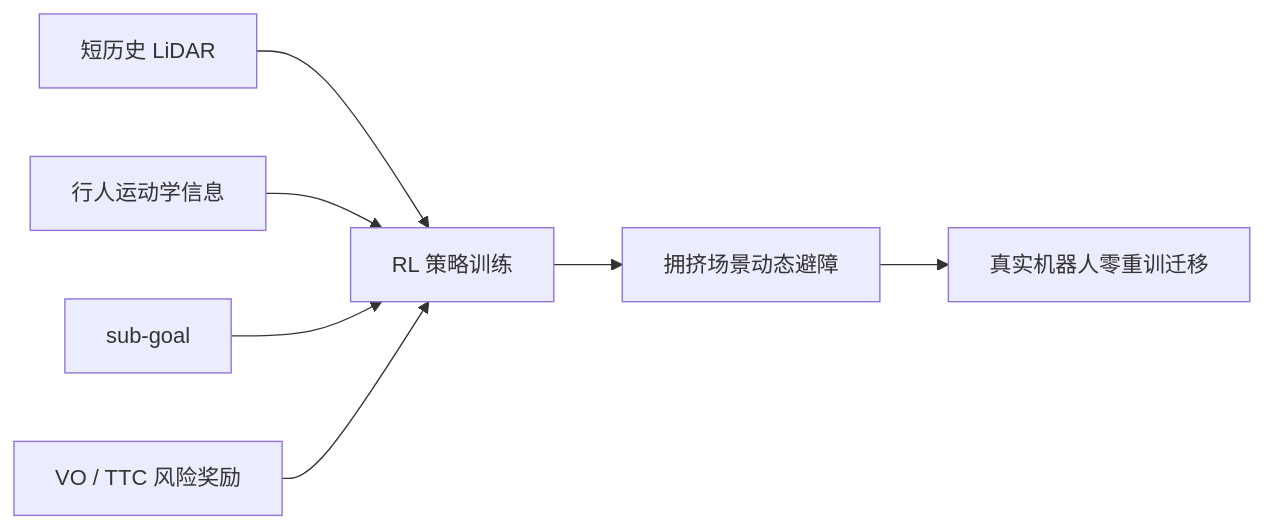
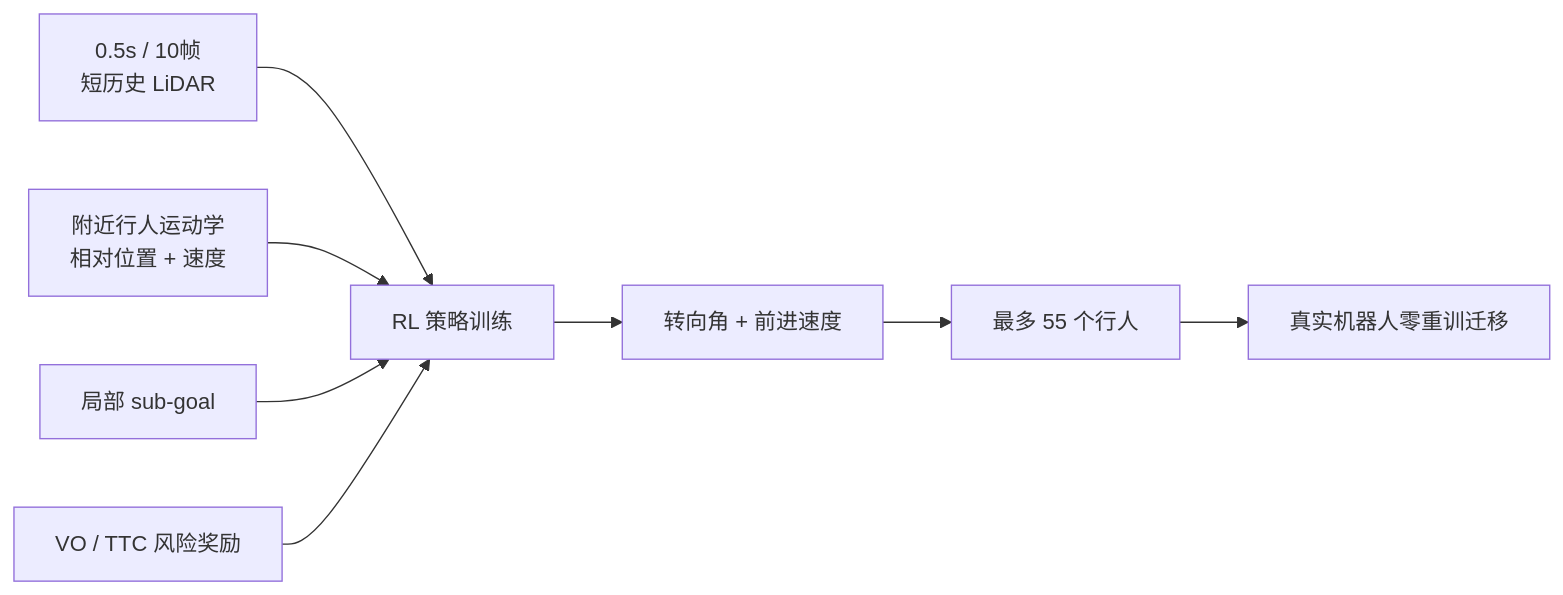
The eighth of 21 diagrams in docs/group_meeting_slides.md (YuFei-yuu/SEA), drawn with Mermaid before and after one commit. The commit also changed other lines of this file and 2 other files, not shown here.

````diff
--- a/docs/group_meeting_slides.md
+++ b/docs/group_meeting_slides.md
@@ -229,9 +232,10 @@
 ```mermaid
 flowchart LR
-    P7A["短历史 LiDAR"] --> P7D["RL 策略训练"]
-    P7B["行人运动学信息"] --> P7D
-    P7C["sub-goal"] --> P7D
+    P7A["0.5s / 10帧<br/>短历史 LiDAR"] --> P7D["RL 策略训练"]
+    P7B["附近行人运动学<br/>相对位置 + 速度"] --> P7D
+    P7C["局部 sub-goal"] --> P7D
     P7V["VO / TTC 风险奖励"] --> P7D
-    P7D --> P7E["拥挤场景动态避障"]
-    P7E --> P7F["真实机器人零重训迁移"]
+    P7D --> P7E["转向角 + 前进速度"]
+    P7E --> P7F["最多 55 个行人"]
+    P7F --> P7G["真实机器人零重训迁移"]
 ```
````
